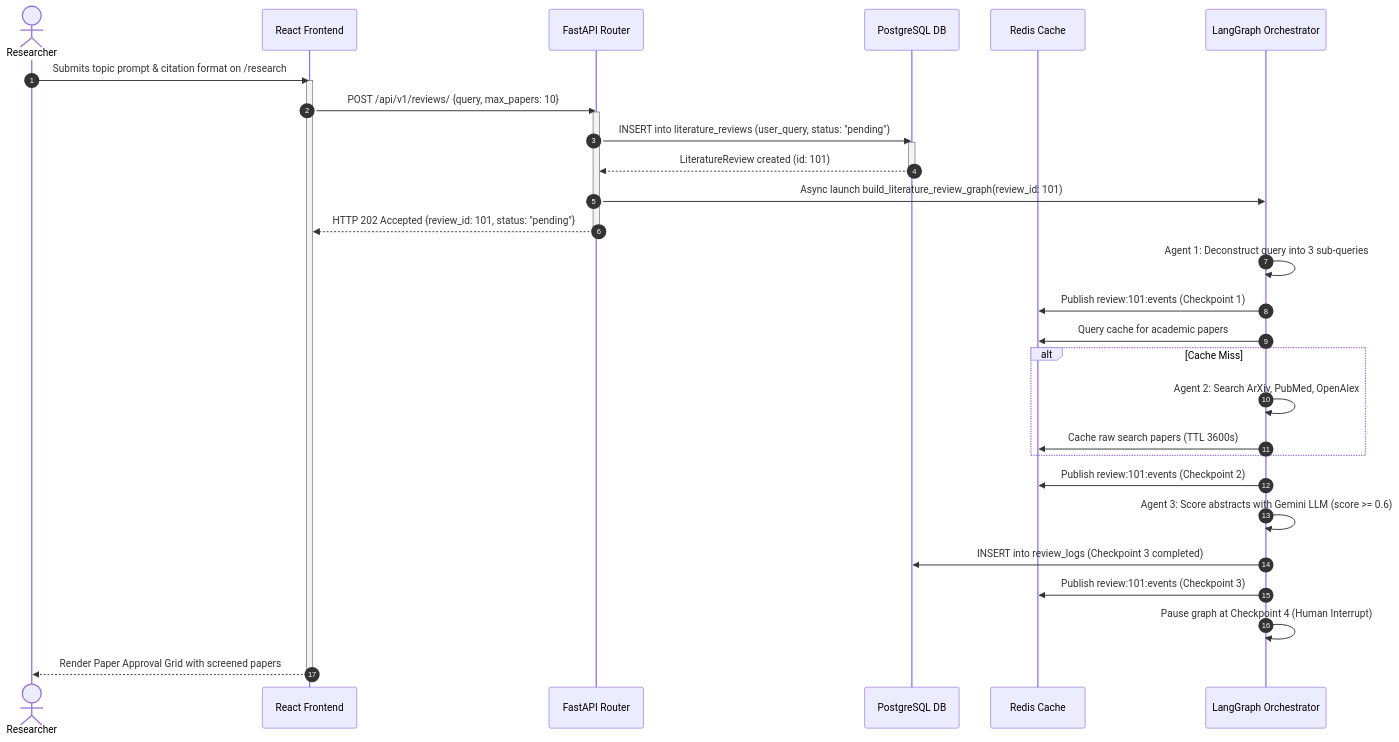
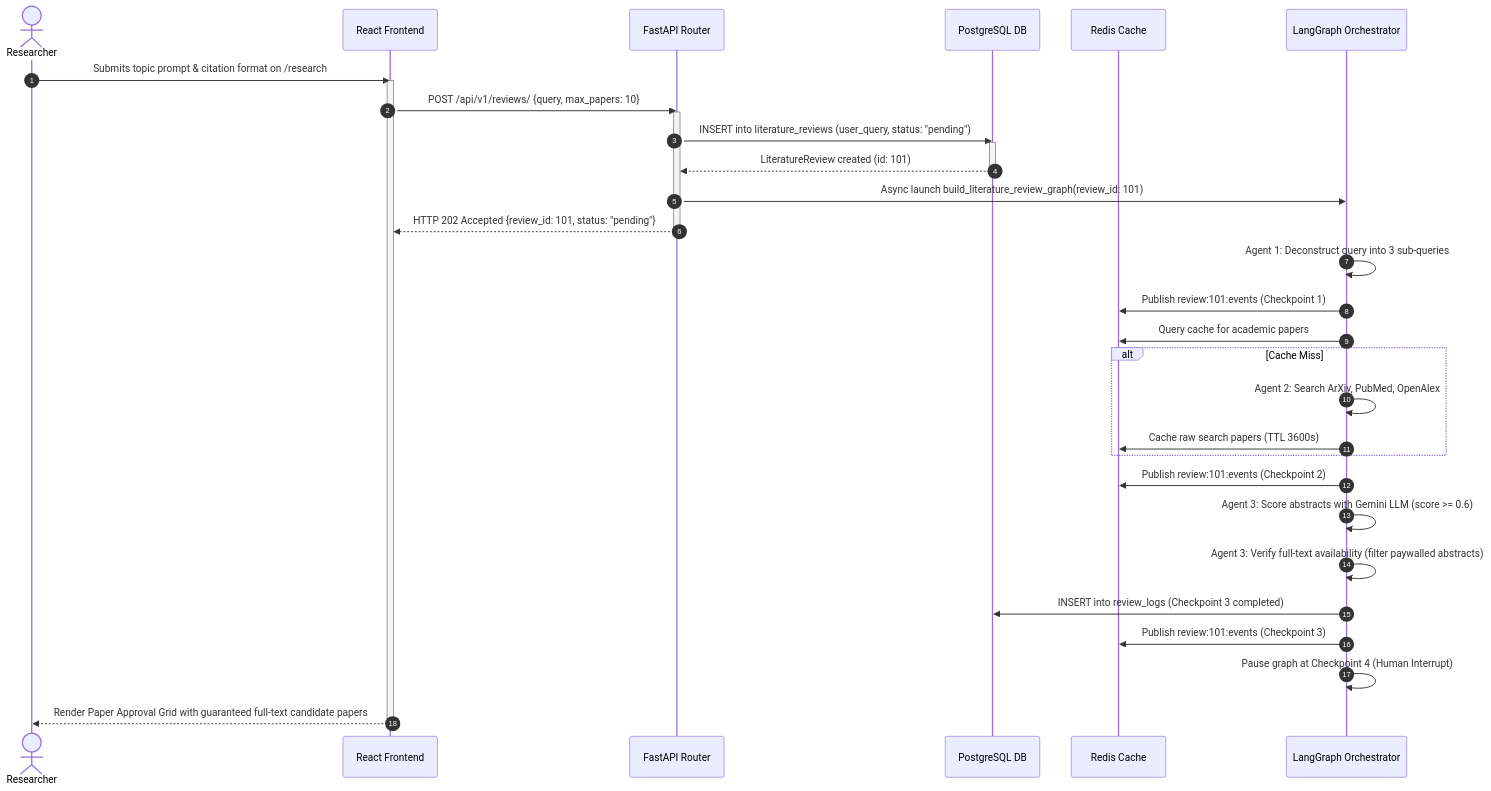
Before and after one commit to saumyashah0510/Multi-Agent-Research-System-Architecture: the second of 7 diagrams in docs/diagrams/sequence.md, drawn with Mermaid. The commit also changed other lines of this file and 5 other files, not shown here.

Commit message:
docs: update multi-source resolver design, full-text gatekeeper, and fix mermaid diagrams

````diff
--- a/docs/diagrams/sequence.md
+++ b/docs/diagrams/sequence.md
@@ -74,37 +74,38 @@
 ```mermaid
 sequenceDiagram
     autonumber
     actor User as Researcher
     participant FE as React Frontend
     participant API as FastAPI Router
     participant DB as PostgreSQL DB
     participant Redis as Redis Cache
     participant AG as LangGraph Orchestrator
 
     User->>FE: Submits topic prompt & citation format on /research
     activate FE
     FE->>API: POST /api/v1/reviews/ {query, max_papers: 10}
     activate API
     API->>DB: INSERT into literature_reviews (user_query, status: "pending")
     activate DB
     DB-->>API: LiteratureReview created (id: 101)
     deactivate DB
     API->>AG: Async launch build_literature_review_graph(review_id: 101)
     API-->>FE: HTTP 202 Accepted {review_id: 101, status: "pending"}
     deactivate API
 
     AG->>AG: Agent 1: Deconstruct query into 3 sub-queries
     AG->>Redis: Publish review:101:events (Checkpoint 1)
     AG->>Redis: Query cache for academic papers
     alt Cache Miss
         AG->>AG: Agent 2: Search ArXiv, PubMed, OpenAlex
         AG->>Redis: Cache raw search papers (TTL 3600s)
     end
     AG->>Redis: Publish review:101:events (Checkpoint 2)
     AG->>AG: Agent 3: Score abstracts with Gemini LLM (score >= 0.6)
+    AG->>AG: Agent 3: Verify full-text availability (filter paywalled abstracts)
     AG->>DB: INSERT into review_logs (Checkpoint 3 completed)
     AG->>Redis: Publish review:101:events (Checkpoint 3)
     AG->>AG: Pause graph at Checkpoint 4 (Human Interrupt)
-    FE-->>User: Render Paper Approval Grid with screened papers
+    FE-->>User: Render Paper Approval Grid with guaranteed full-text candidate papers
     deactivate FE
 ```
````
